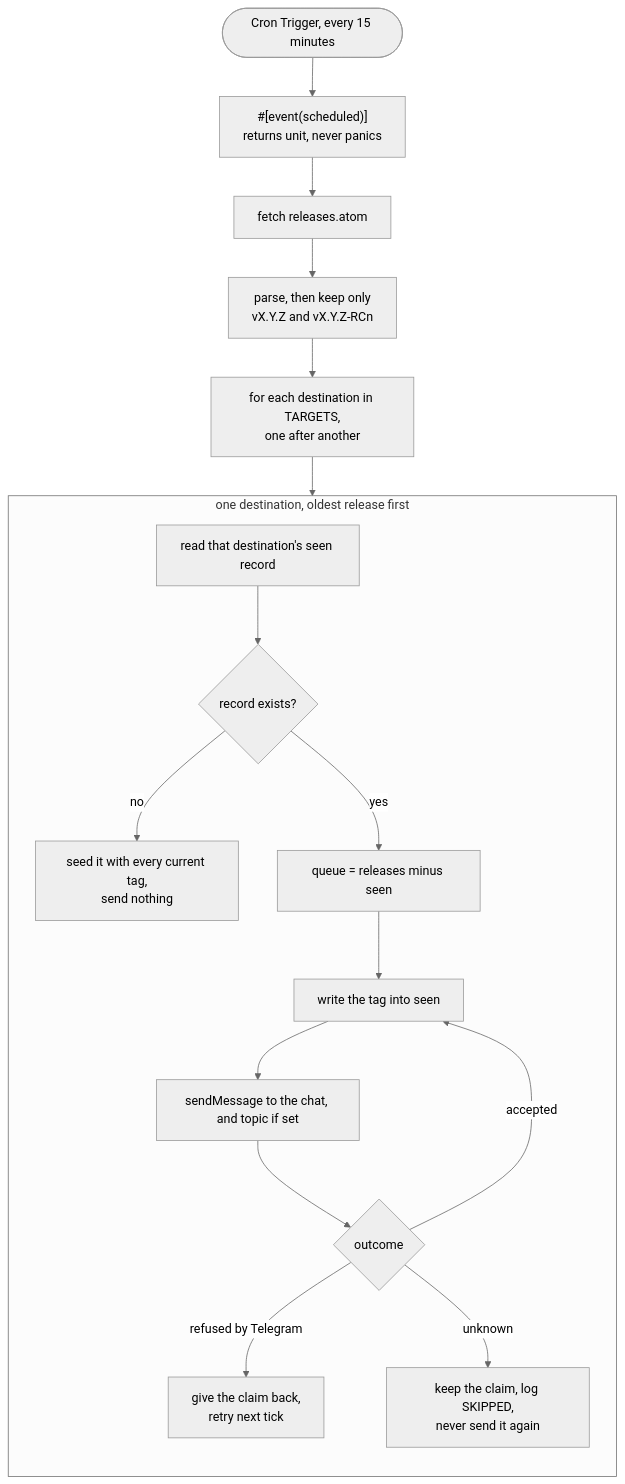
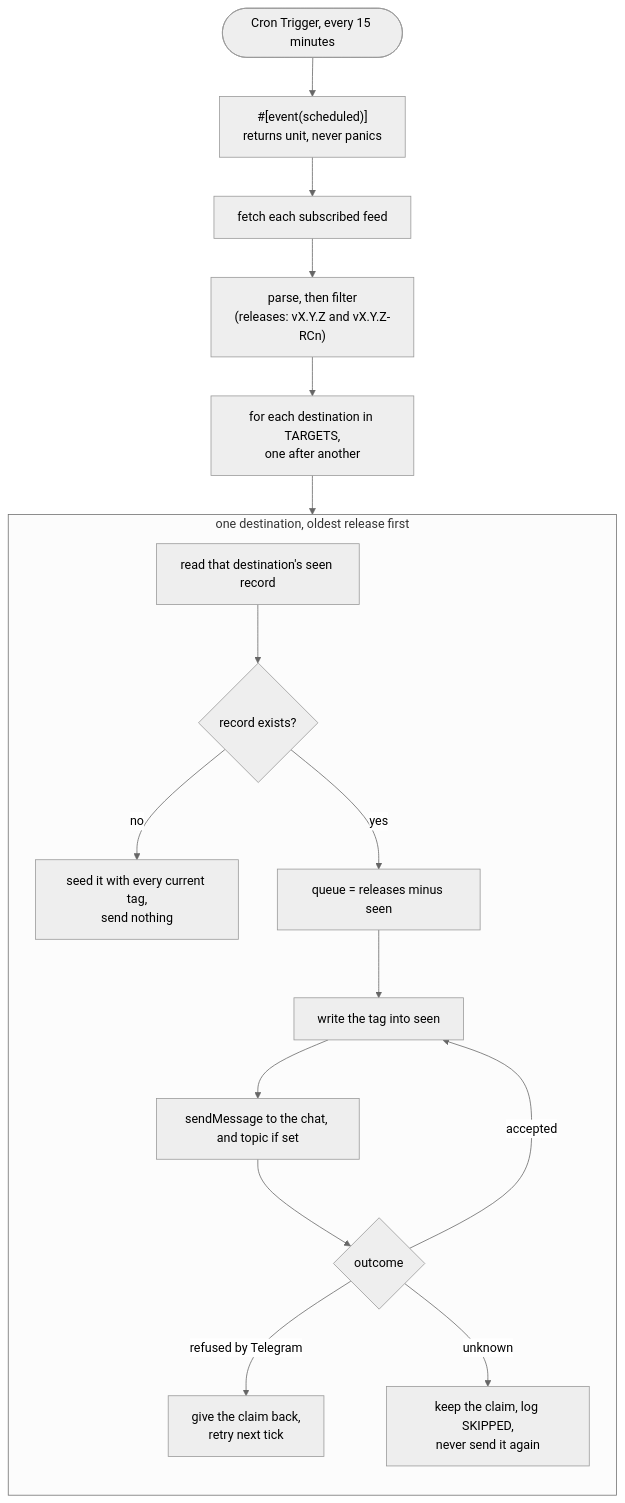
Before and after one commit to CommanderTvis/kotlin-releases-bot: the diagram in BLUEPRINT.md, drawn with Mermaid (neutral theme). The commit also changed other lines of this file and 9 other files, not shown here.

First line of the commit message:
Read releases from the API, not releases.atom

````diff
--- a/BLUEPRINT.md
+++ b/BLUEPRINT.md
@@ -80,21 +85,21 @@
 ```mermaid
 flowchart TD
     cron([Cron Trigger, every 15 minutes]) --> tick["#[event(scheduled)]<br/>returns unit, never panics"]
-    tick --> feed["fetch releases.atom"]
-    feed --> parse["parse, then keep only<br/>vX.Y.Z and vX.Y.Z-RCn"]
+    tick --> feed["fetch each subscribed feed"]
+    feed --> parse["parse, then filter<br/>(releases: vX.Y.Z and vX.Y.Z-RCn)"]
     parse --> loop["for each destination in TARGETS,<br/>one after another"]
     loop --> read
 
     subgraph dest ["one destination, oldest release first"]
         direction TB
         read["read that destination's seen record"] --> exists{"record exists?"}
         exists -- no --> seed["seed it with every current tag,<br/>send nothing"]
         exists -- yes --> queue["queue = releases minus seen"]
         queue --> claim["write the tag into seen"]
         claim --> send["sendMessage to the chat, and topic if set"]
         send --> outcome{"outcome"}
         outcome -- accepted --> claim
         outcome -- "refused by Telegram" --> undo["give the claim back,<br/>retry next tick"]
         outcome -- unknown --> skip["keep the claim, log SKIPPED,<br/>never send it again"]
     end
 ```
````
